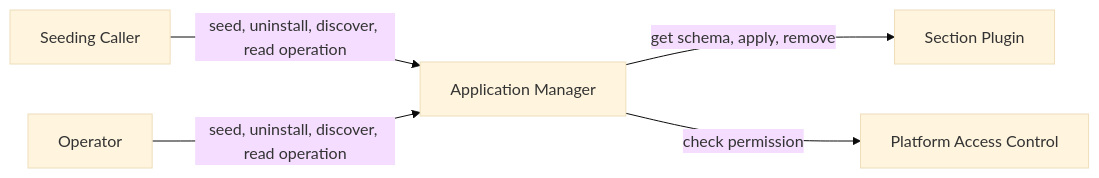
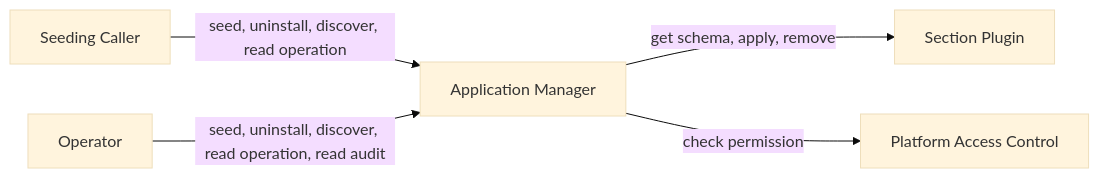
Before and after one commit to constructorfabric/gears-rust: the diagram in gears/system/application-manager/docs/PRD.md, drawn with Mermaid (base theme). The commit also changed other lines of this file and 3 other files, not shown here.

Commit message:
Add ability to read audit records

````diff
--- a/gears/system/application-manager/docs/PRD.md
+++ b/gears/system/application-manager/docs/PRD.md
@@ -170,7 +170,7 @@
 ```mermaid
 flowchart LR
     SC["Seeding Caller"] -->|"seed, uninstall, discover, read operation"| AM["Application Manager"]
-    OP["Operator"] -->|"seed, uninstall, discover, read operation"| AM
+    OP["Operator"] -->|"seed, uninstall, discover, read operation, read audit"| AM
     AM -->|"get schema, apply, remove"| SP["Section Plugin"]
     AM -->|"check permission"| PAC["Platform Access Control"]
 ```
````
